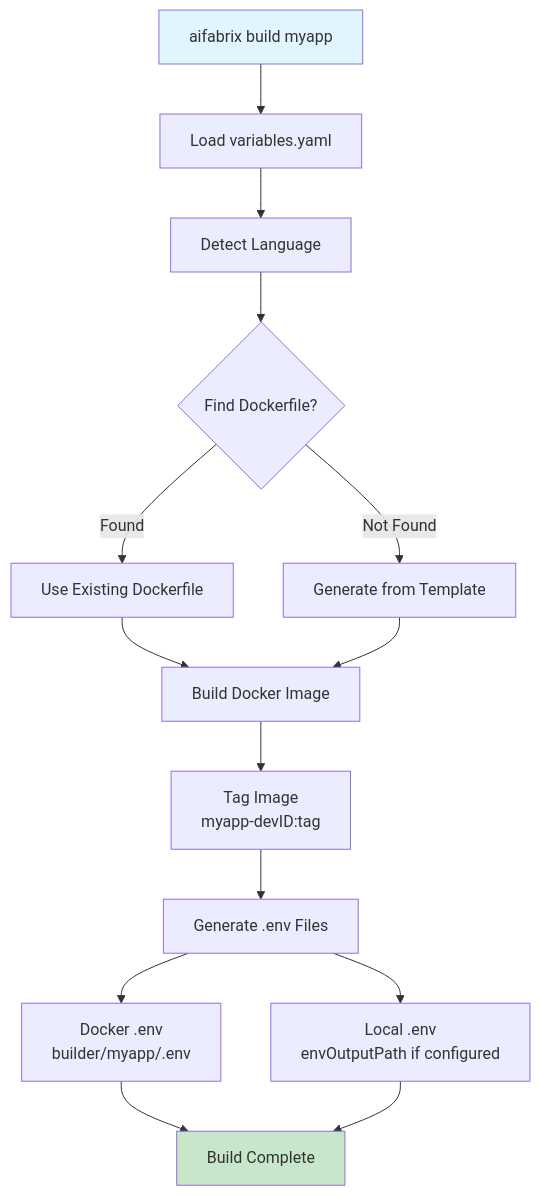
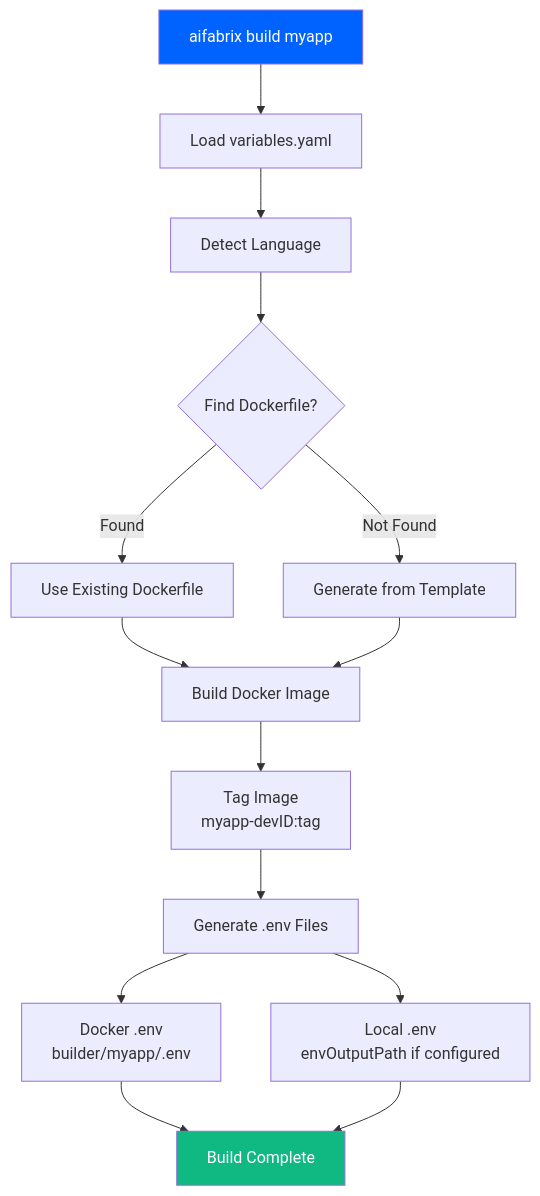
One commit to esystemsdev/aifabrix-builder changed the first of 3 diagrams in docs/BUILDING.md. Above: the diagram before and after it, drawn with Mermaid. The commit also changed other lines of this file and 9 other files, not shown here.

````diff
--- a/docs/BUILDING.md
+++ b/docs/BUILDING.md
@@ -32,19 +32,19 @@
 ```mermaid
 flowchart TD
     Start[aifabrix build myapp] --> LoadConfig[Load variables.yaml]
     LoadConfig --> DetectLang[Detect Language]
     DetectLang --> FindDockerfile{Find Dockerfile?}
     FindDockerfile -->|Found| UseExisting[Use Existing Dockerfile]
     FindDockerfile -->|Not Found| GenerateDockerfile[Generate from Template]
     UseExisting --> BuildImage[Build Docker Image]
     GenerateDockerfile --> BuildImage
     BuildImage --> TagImage[Tag Image<br/>myapp-devID:tag]
     TagImage --> GenerateEnv[Generate .env Files]
     GenerateEnv --> DockerEnv[Docker .env<br/>builder/myapp/.env]
     GenerateEnv --> LocalEnv[Local .env<br/>envOutputPath if configured]
     DockerEnv --> Complete[Build Complete]
     LocalEnv --> Complete
     
-    style Start fill:#e1f5ff
-    style Complete fill:#c8e6c9
+    style Start fill:#0062FF,color:#FFFFFF
+    style Complete fill:#10B981,color:#FFFFFF
 ```
````
